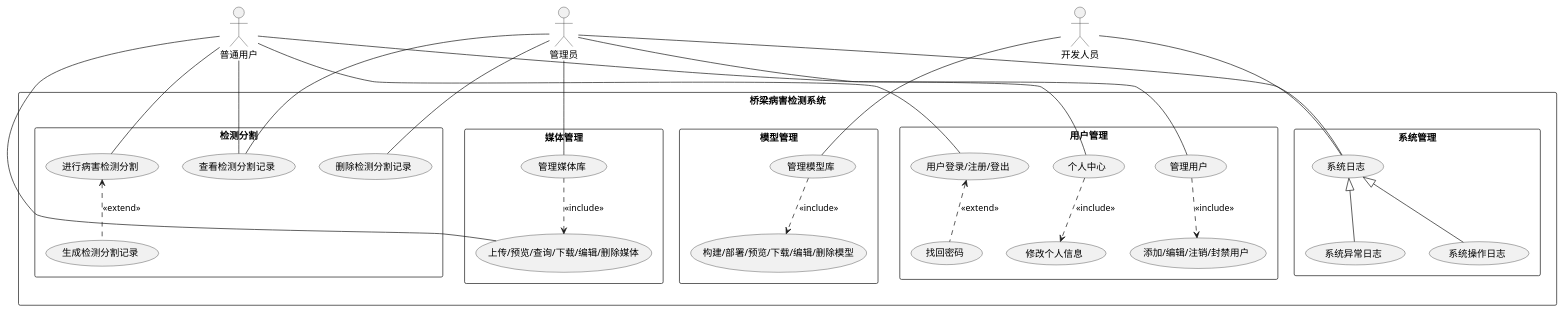
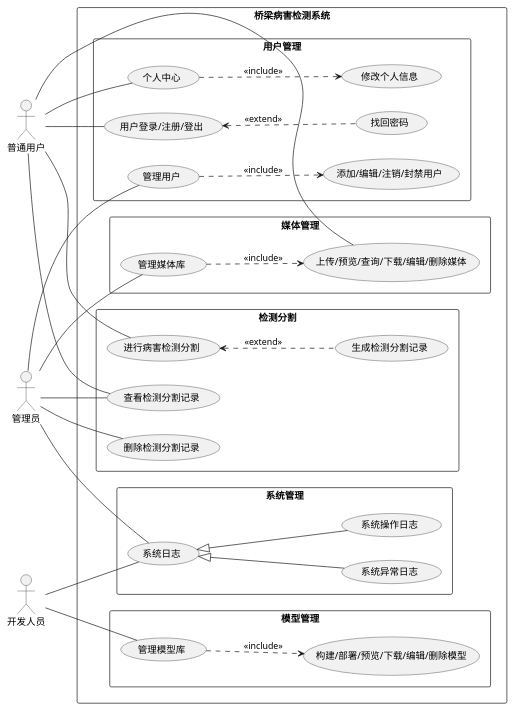
The diagram in docs/3.3.1_用例图.md (YHJYgain/bridge-disease-frontend), drawn with PlantUML before and after one commit. The commit also changed other lines of this file, not shown here.

Commit message:
docs: 更新用例图文档以改进布局和结构

````diff
--- a/docs/3.3.1_用例图.md
+++ b/docs/3.3.1_用例图.md
@@ -3,74 +3,74 @@
 ```plantuml
 @startuml
+left to right direction
+
 actor "普通用户" as User
 actor "管理员" as Admin
 actor "开发人员" as Developer
 
 rectangle "桥梁病害检测系统" {
   rectangle "用户管理" {
     usecase "用户登录/注册/登出" as UC1
     usecase "找回密码" as UC2
     usecase "个人中心" as UC3
     usecase "修改个人信息" as UC4
     usecase "管理用户" as UC5
     usecase "添加/编辑/注销/封禁用户" as UC6
   }
 
-  together {
-    rectangle "媒体管理" {
-      usecase "上传/预览/查询/下载/编辑/删除媒体" as UC7
-      usecase "管理媒体库" as UC8
-    }
-    
-    rectangle "模型管理" {
-      usecase "构建/部署/预览/下载/编辑/删除模型" as UC10
-      usecase "管理模型库" as UC11
-    }
+  rectangle "媒体管理" {
+    usecase "上传/预览/查询/下载/编辑/删除媒体" as UC7
+    usecase "管理媒体库" as UC8
   }
-  
+
+  rectangle "模型管理" {
+    usecase "构建/部署/预览/下载/编辑/删除模型" as UC10
+    usecase "管理模型库" as UC11
+  }
+
   rectangle "检测分割" {
     usecase "进行病害检测分割" as UC12
     usecase "生成检测分割记录" as UC13
     usecase "查看检测分割记录" as UC14
     usecase "删除检测分割记录" as UC15
   }
 
   rectangle "系统管理" {
     usecase "系统日志" as UC16
     usecase "系统操作日志" as UC17
     usecase "系统异常日志" as UC18
   }
-  
+
   ' 定义包含关系
   UC3 ..> UC4 : <<include>>
   UC5 ..> UC6 : <<include>>
   UC8 ..> UC7 : <<include>>
   UC11 ..> UC10 : <<include>>
-  
+
   ' 定义扩展关系
   UC1 <.. UC2 : <<extend>>
   UC12 <.. UC13 : <<extend>>
 
-  
+
   ' 定义泛化关系
   UC16 <|-- UC17
   UC16 <|-- UC18
 }
 
 ' 定义关联关系
 User -- UC1
 User -- UC3
 User -- UC7
 User -- UC12
 User -- UC14
 
 Developer -- UC11
 Developer -- UC16
 
 Admin -- UC5
 Admin -- UC8
 Admin -- UC14
 Admin -- UC15
 Admin -- UC16
 @enduml
 ```
````
